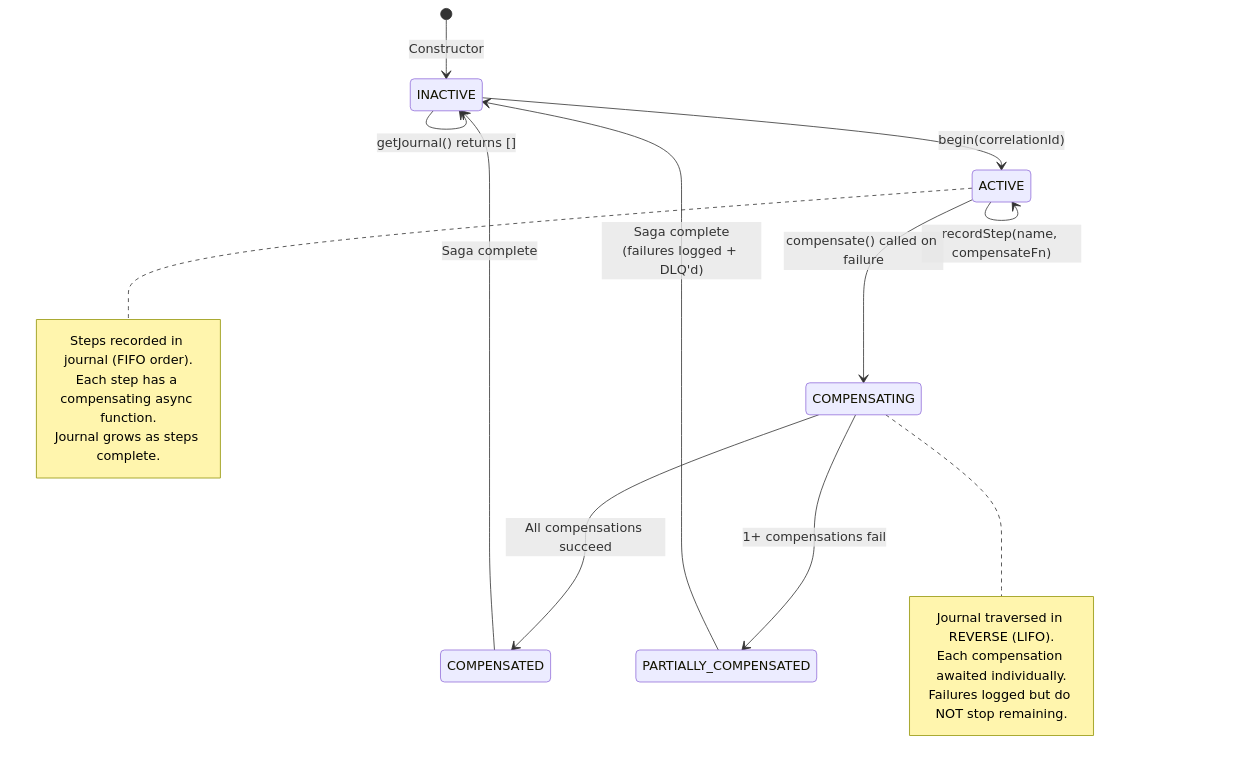
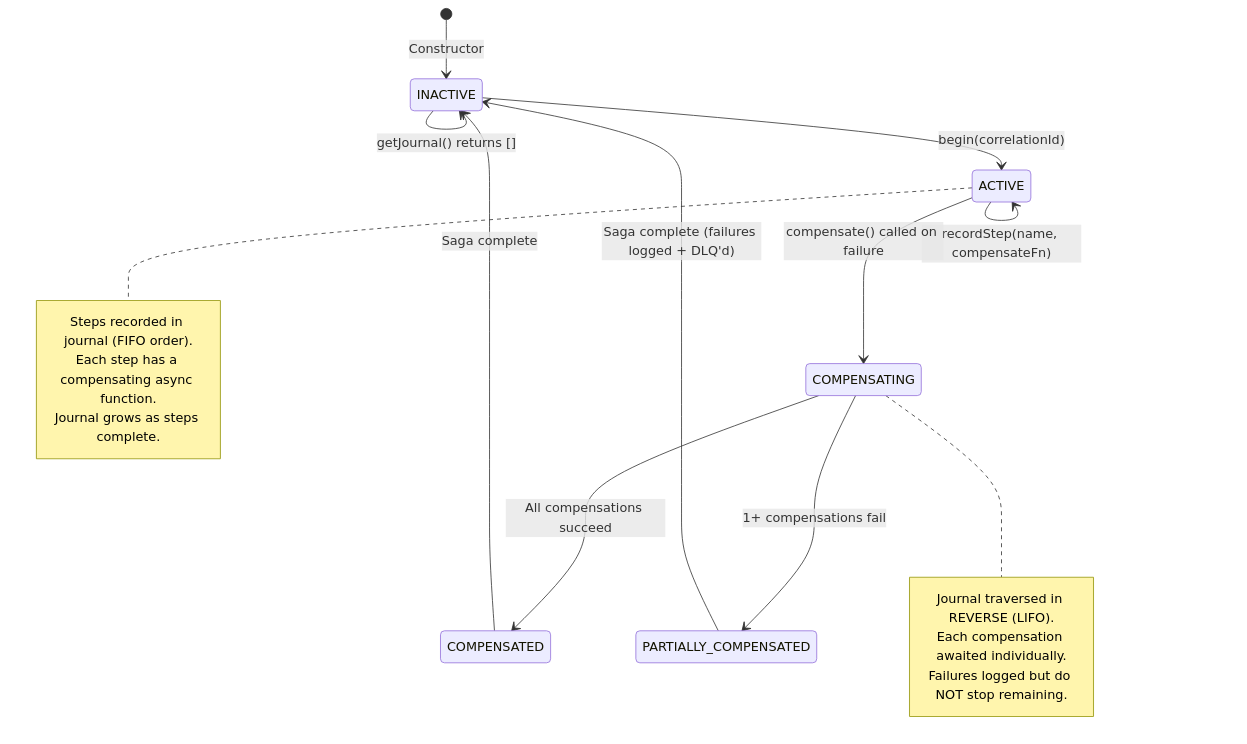
Before and after one commit to srikanth-nalam/dfw-automation-pipeline: the ninth of 10 diagrams in docs/LLD.md, drawn with Mermaid. The commit also changed other lines of this file and 8 other files, not shown here.

First line of the commit message:
fix(docs): resolve Mermaid diagram rendering issues in HLD.md

````diff
--- a/docs/LLD.md
+++ b/docs/LLD.md
@@ -1398,28 +1398,28 @@
 ```mermaid
 stateDiagram-v2
     [*] --> INACTIVE: Constructor
 
     INACTIVE --> ACTIVE: begin(correlationId)
     INACTIVE --> INACTIVE: getJournal() returns []
 
     ACTIVE --> ACTIVE: recordStep(name, compensateFn)
     ACTIVE --> COMPENSATING: compensate() called on failure
 
     COMPENSATING --> COMPENSATED: All compensations succeed
     COMPENSATING --> PARTIALLY_COMPENSATED: 1+ compensations fail
 
     COMPENSATED --> INACTIVE: Saga complete
-    PARTIALLY_COMPENSATED --> INACTIVE: Saga complete<br/>(failures logged + DLQ'd)
+    PARTIALLY_COMPENSATED --> INACTIVE: Saga complete (failures logged + DLQ'd)
 
     note right of ACTIVE
         Steps recorded in journal (FIFO order).
         Each step has a compensating async function.
         Journal grows as steps complete.
     end note
 
     note right of COMPENSATING
         Journal traversed in REVERSE (LIFO).
         Each compensation awaited individually.
         Failures logged but do NOT stop remaining.
     end note
 ```
````
